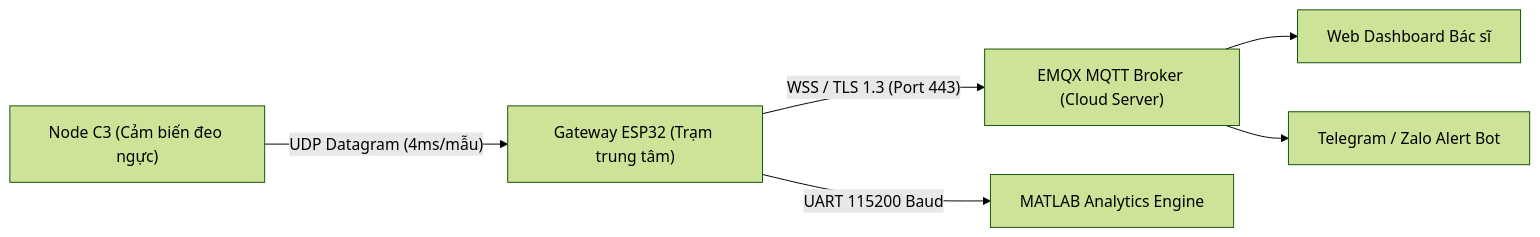
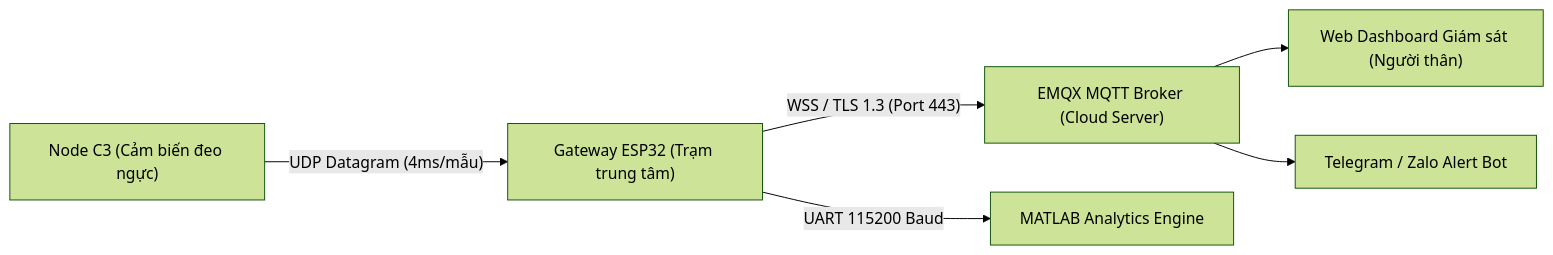
The first of 4 diagrams in SYSTEM_ARCHITECTURE.md (tsbyinchei/IoMT-ECG-FallDetection), drawn with Mermaid (forest theme) before and after one commit. The commit also changed other lines of this file, not shown here.

Commit message:
docs: replace doctor references with family members and caregivers in SYSTEM_ARCHITECTURE.md

````diff
--- a/SYSTEM_ARCHITECTURE.md
+++ b/SYSTEM_ARCHITECTURE.md
@@ -38,8 +38,8 @@
 ```mermaid
 flowchart LR
     A["Node C3 (Cảm biến đeo ngực)"] -->|"UDP Datagram (4ms/mẫu)"| B["Gateway ESP32 (Trạm trung tâm)"]
     B -->|"WSS / TLS 1.3 (Port 443)"| C["EMQX MQTT Broker (Cloud Server)"]
-    C --> D["Web Dashboard Bác sĩ"]
+    C --> D["Web Dashboard Giám sát (Người thân)"]
     C --> E["Telegram / Zalo Alert Bot"]
     B -->|"UART 115200 Baud"| F["MATLAB Analytics Engine"]
 ```
````
